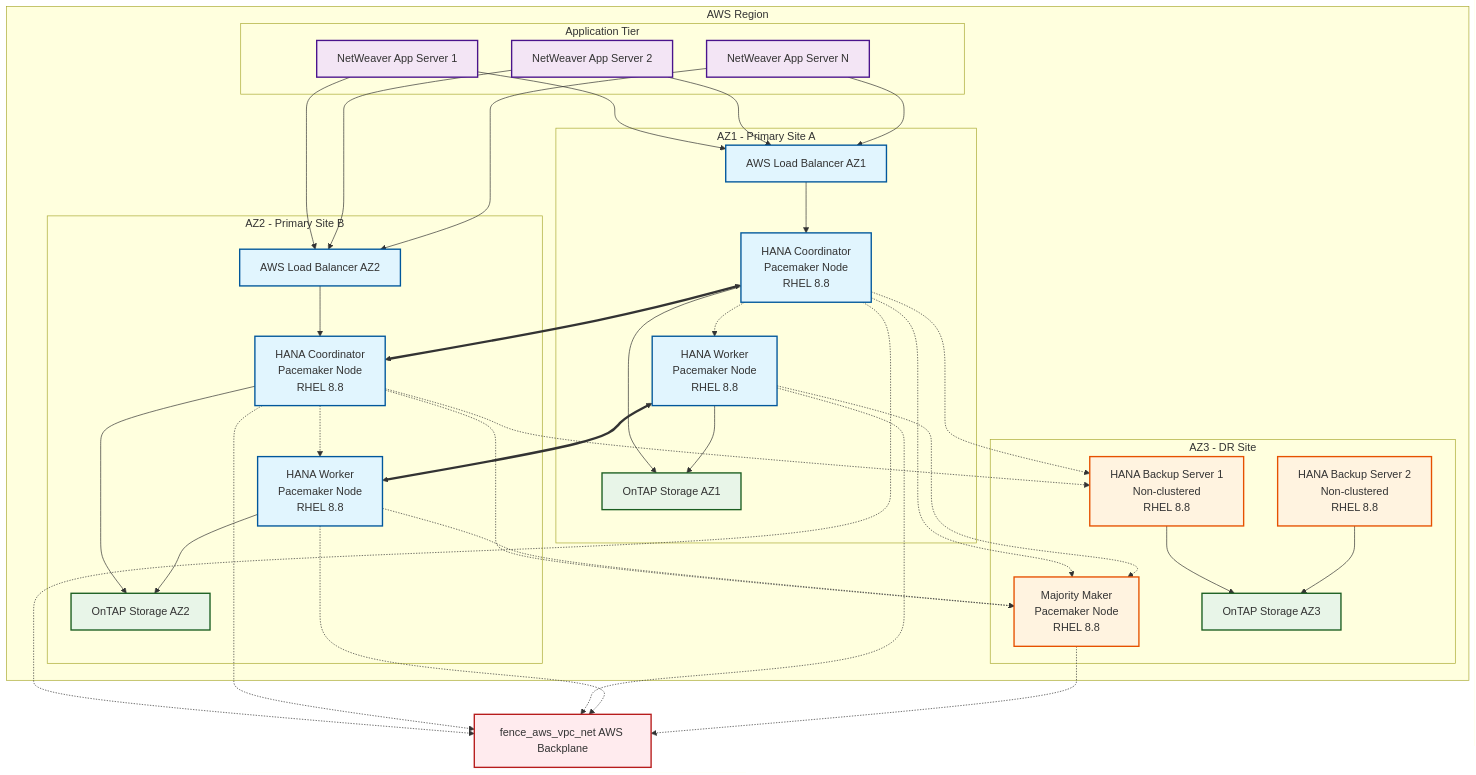
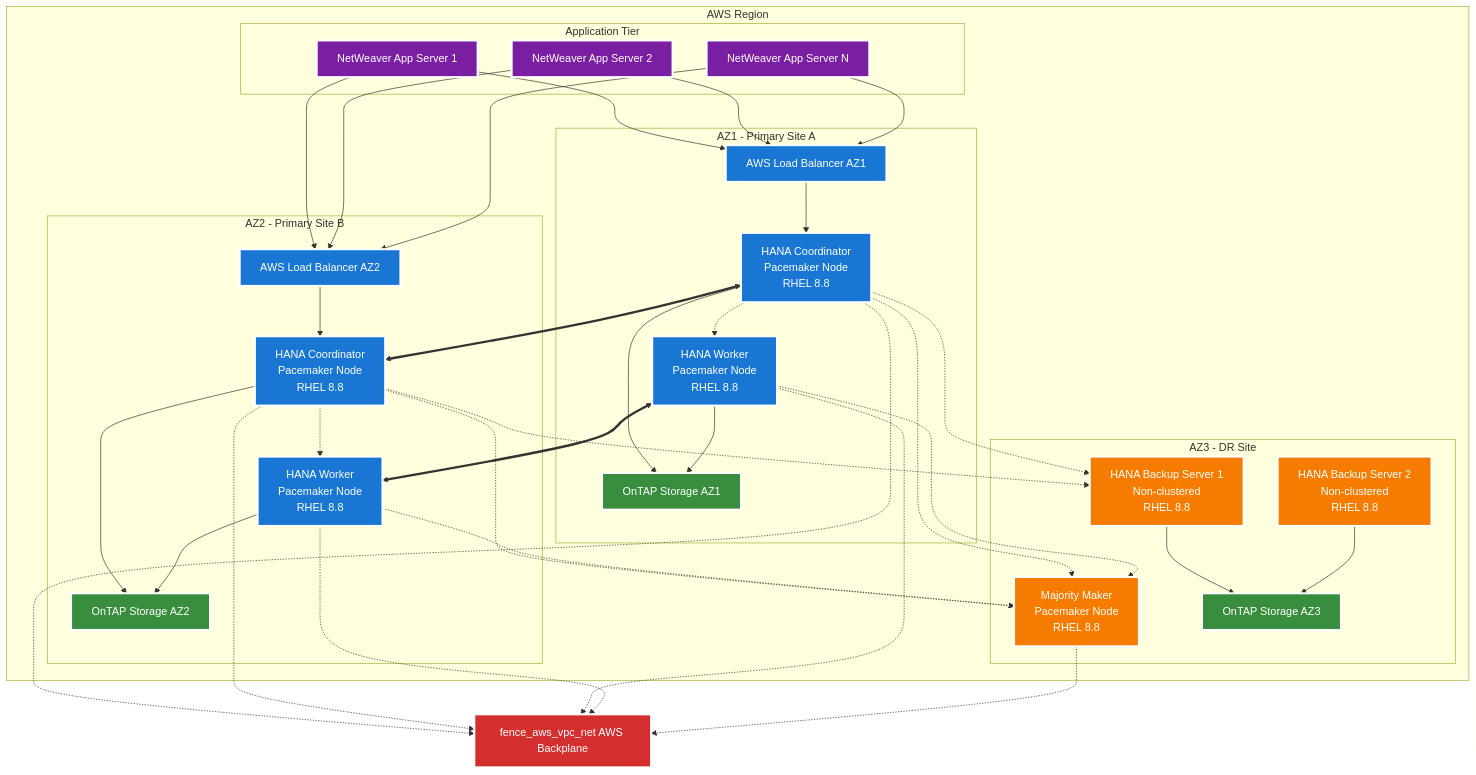
Before and after one commit to robbybrodie/s4hanascaleout: the first of 2 diagrams in README.md, drawn with Mermaid.

Commit message:
color shceme changes

```diff
--- a/README.md
+++ b/README.md
@@ -119,11 +119,11 @@
     MAJORITY -.-> FENCE
     
     %% Styling
-    classDef primary fill:#e1f5fe,stroke:#01579b,stroke-width:2px
-    classDef dr fill:#fff3e0,stroke:#e65100,stroke-width:2px
-    classDef app fill:#f3e5f5,stroke:#4a148c,stroke-width:2px
-    classDef storage fill:#e8f5e8,stroke:#1b5e20,stroke-width:2px
-    classDef fence fill:#ffebee,stroke:#b71c1c,stroke-width:2px
+    classDef primary fill:#1976d2,stroke:#ffffff,stroke-width:3px,color:#ffffff
+    classDef dr fill:#f57c00,stroke:#ffffff,stroke-width:3px,color:#ffffff
+    classDef app fill:#7b1fa2,stroke:#ffffff,stroke-width:3px,color:#ffffff
+    classDef storage fill:#388e3c,stroke:#ffffff,stroke-width:3px,color:#ffffff
+    classDef fence fill:#d32f2f,stroke:#ffffff,stroke-width:3px,color:#ffffff
     
     class COORD1,WORKER1,LB1 primary
     class COORD2,WORKER2,LB2 primary
```
